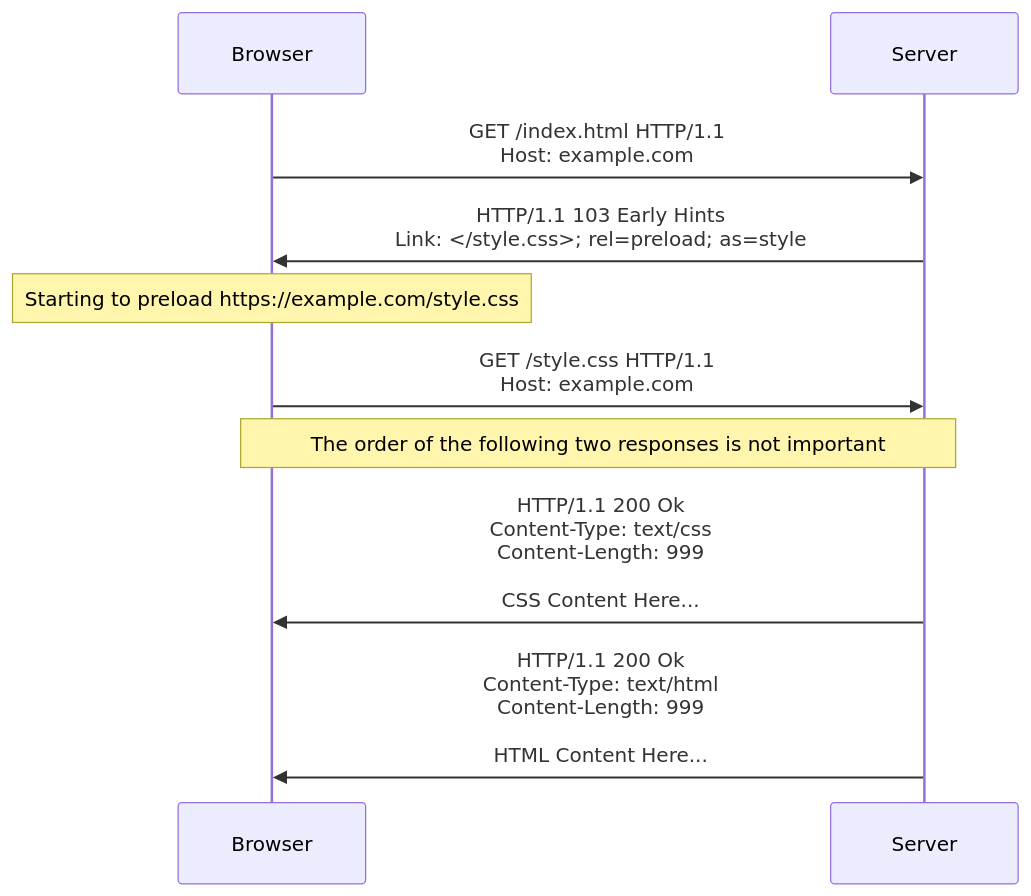
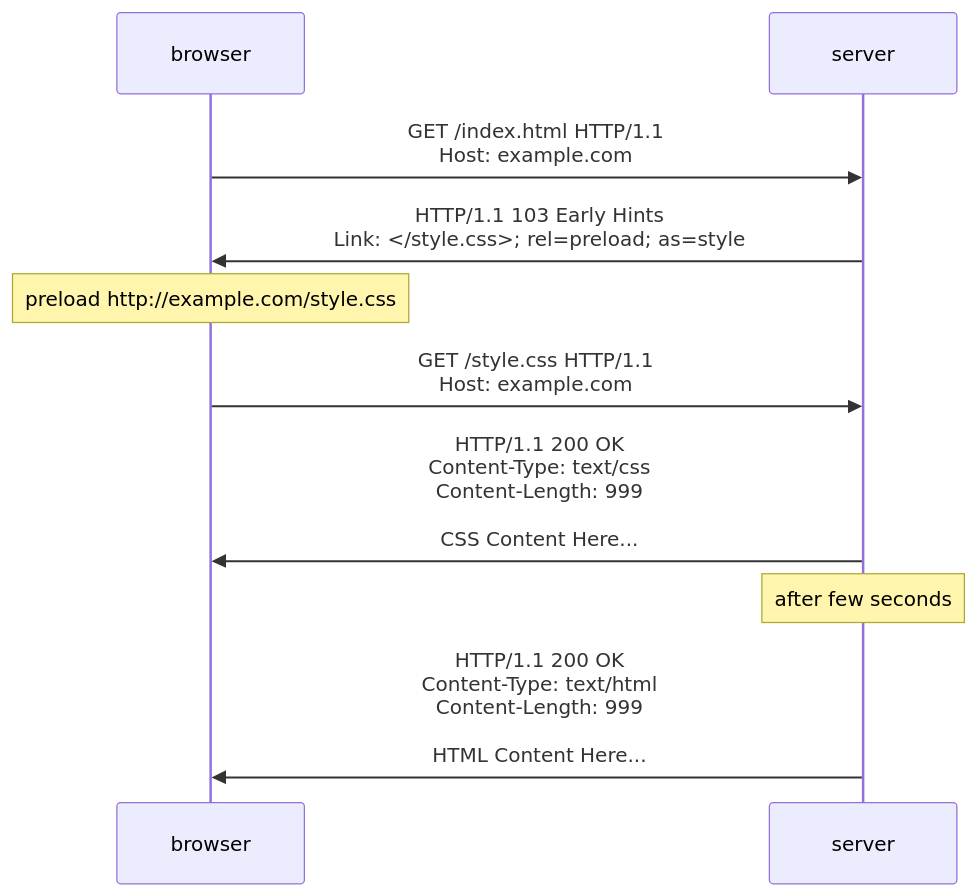
Before and after one commit to samuel871211/yusheng-tech-blog: the diagram in docs/nodejs/http-uncommon-features.md, drawn with Mermaid. The commit also changed other lines of this file and 2 other files, not shown here.

Commit message:
http-uncommon-features

````diff
--- a/docs/nodejs/http-uncommon-features.md
+++ b/docs/nodejs/http-uncommon-features.md
@@ -33,17 +66,17 @@
 ```mermaid
 sequenceDiagram
 
-  participant B as Browser
-  participant S as Server
+  participant B as browser
+  participant S as server
 
   B ->> S: GET /index.html HTTP/1.1<br/>Host: example.com
   S ->> B: HTTP/1.1 103 Early Hints<br/>Link: </style.css>#59; rel=preload#59; as=style
 
-  Note Over B: Starting to preload https://example.com/style.css
+  Note Over B: preload http://example.com/style.css
 
   B ->> S: GET /style.css HTTP/1.1<br/>Host: example.com
+  S ->> B: HTTP/1.1 200 OK<br/>Content-Type: text/css<br/>Content-Length: 999<br/><br/>CSS Content Here...
 
-  Note Over B, S: The order of the following two responses is not important
-  S ->> B: HTTP/1.1 200 Ok<br/>Content-Type: text/css<br/>Content-Length: 999<br/><br/>CSS Content Here...
-  S ->> B: HTTP/1.1 200 Ok<br/>Content-Type: text/html<br/>Content-Length: 999<br/><br/>HTML Content Here...
+  Note Over S: after few seconds
+  S ->> B: HTTP/1.1 200 OK<br/>Content-Type: text/html<br/>Content-Length: 999<br/><br/>HTML Content Here...
 ```
````
